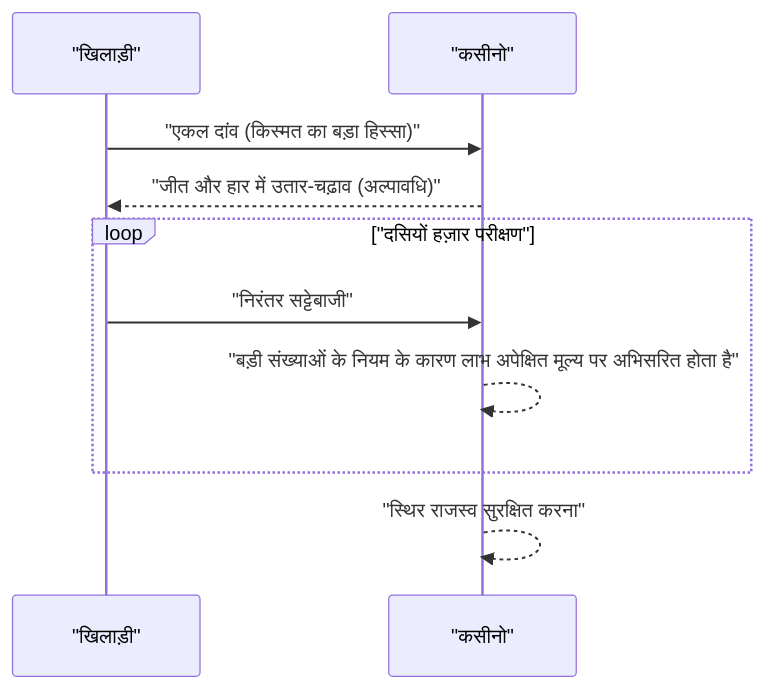
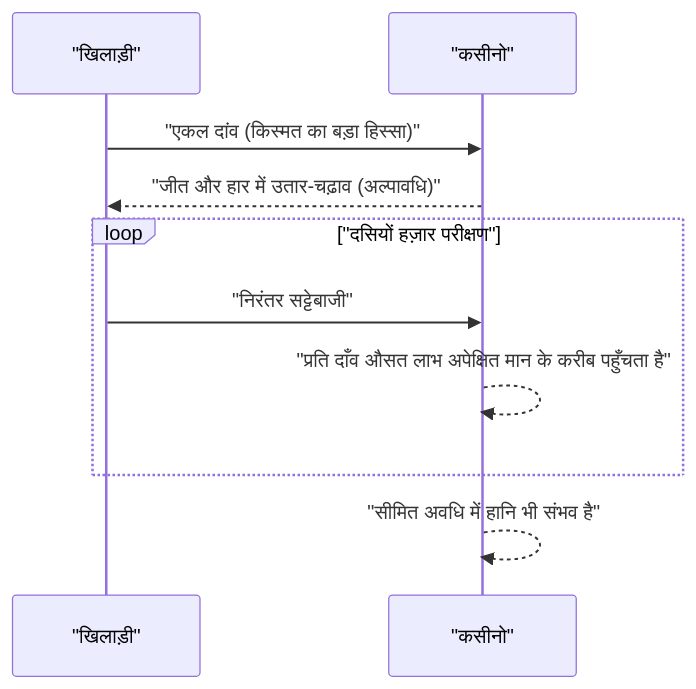
One commit to kenjinote/blog changed the second of 2 diagrams in content/post/law-of-large-numbers/index.hi.md. Above: the diagram before and after it, drawn with Mermaid. The commit also changed other lines of this file and 7 other files, not shown here.

````diff
--- a/content/post/law-of-large-numbers/index.hi.md
+++ b/content/post/law-of-large-numbers/index.hi.md
@@ -53,12 +53,12 @@
 ```mermaid
 sequenceDiagram
     participant P as "खिलाड़ी"
     participant C as "कसीनो"
     P->>C: "एकल दांव (किस्मत का बड़ा हिस्सा)"
     C-->>P: "जीत और हार में उतार-चढ़ाव (अल्पावधि)"
     loop "दसियों हज़ार परीक्षण"
         P->>C: "निरंतर सट्टेबाजी"
-        C-->>C: "बड़ी संख्याओं के नियम के कारण लाभ अपेक्षित मूल्य पर अभिसरित होता है"
+        C-->>C: "प्रति दाँव औसत लाभ अपेक्षित मान के करीब पहुँचता है"
     end
-    C-->>C: "स्थिर राजस्व सुरक्षित करना"
+    C-->>C: "सीमित अवधि में हानि भी संभव है"
 ```
````
